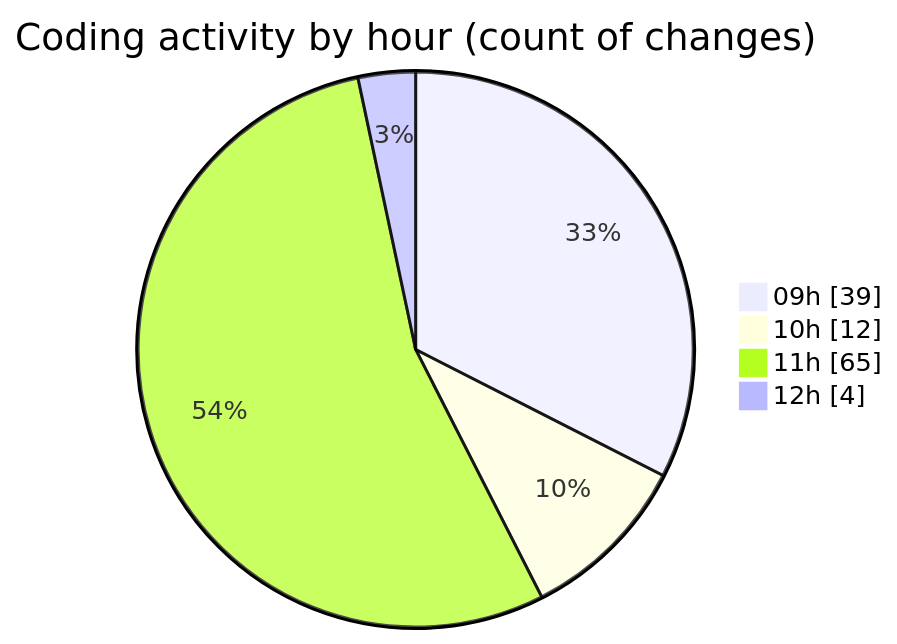
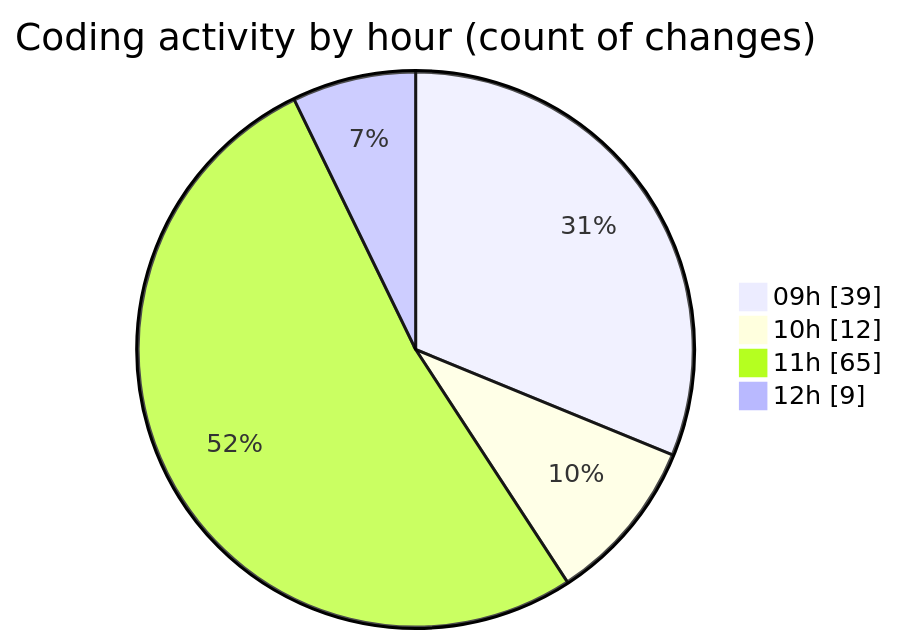
Before and after one commit to momahboobian/code-tracking: the second of 2 diagrams in 2025-03-04/cda/README.md, drawn with Mermaid. The commit also changed other lines of this file and 1 other file, not shown here.

````diff
--- a/2025-03-04/cda/README.md
+++ b/2025-03-04/cda/README.md
@@ -33,8 +33,8 @@
 ```mermaid
 pie showData
 title Coding activity by hour (count of changes)
 "09h" : 39
 "10h" : 12
 "11h" : 65
-"12h" : 4
+"12h" : 9
 ```
````
